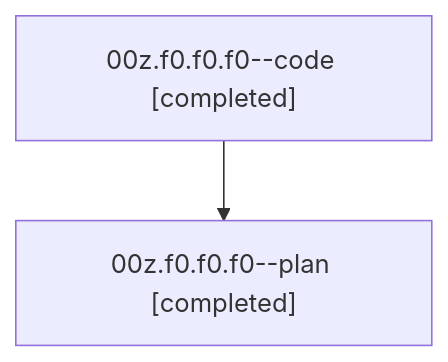
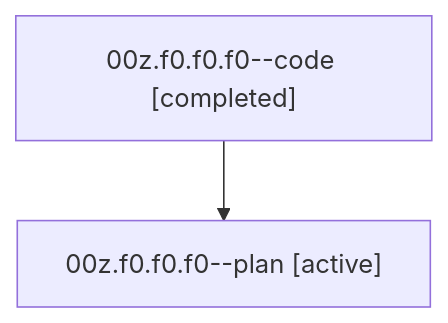
The diagram in families/bbugyi200.athena.00z.f0.f0.f0.md (sase-org/sase--agents), drawn with Mermaid before and after one commit. The commit also changed other lines of this file and 35830 other files, not shown here.

````diff
--- a/families/bbugyi200.athena.00z.f0.f0.f0.md
+++ b/families/bbugyi200.athena.00z.f0.f0.f0.md
@@ -9,6 +9,6 @@
 ```mermaid
 flowchart TD
   n0["00z.f0.f0.f0--code [completed]"]
-  n1["00z.f0.f0.f0--plan [completed]"]
+  n1["00z.f0.f0.f0--plan [active]"]
   n0 --> n1
 ```
````
